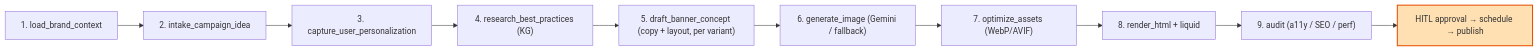
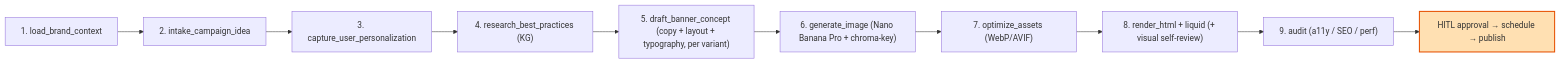
One commit to aijolot/aijolot-banner-agent changed the second of 5 diagrams in ARCHITECTURE.md. Above: the diagram before and after it, drawn with Mermaid. The commit also changed other lines of this file and 1 other file, not shown here.

First line of the commit message:
docs: refresh ARCHITECTURE + README for async, visual self-review, live Shopify

````diff
--- a/ARCHITECTURE.md
+++ b/ARCHITECTURE.md
@@ -158,14 +157,14 @@
 ```mermaid
 graph LR
     N1["1. load_brand_context"] --> N2["2. intake_campaign_idea"]
     N2 --> N3["3. capture_user_personalization"]
     N3 --> N4["4. research_best_practices (KG)"]
-    N4 --> N5["5. draft_banner_concept (copy + layout, per variant)"]
-    N5 --> N6["6. generate_image (Gemini / fallback)"]
+    N4 --> N5["5. draft_banner_concept (copy + layout + typography, per variant)"]
+    N5 --> N6["6. generate_image (Nano Banana Pro + chroma-key)"]
     N6 --> N7["7. optimize_assets (WebP/AVIF)"]
-    N7 --> N8["8. render_html + liquid"]
+    N7 --> N8["8. render_html + liquid (+ visual self-review)"]
     N8 --> N9["9. audit (a11y / SEO / perf)"]
     N9 --> GATE["HITL approval → schedule → publish"]
 
     style GATE fill:#FFE0B2,stroke:#E65100,stroke-width:2px
 ```
````
